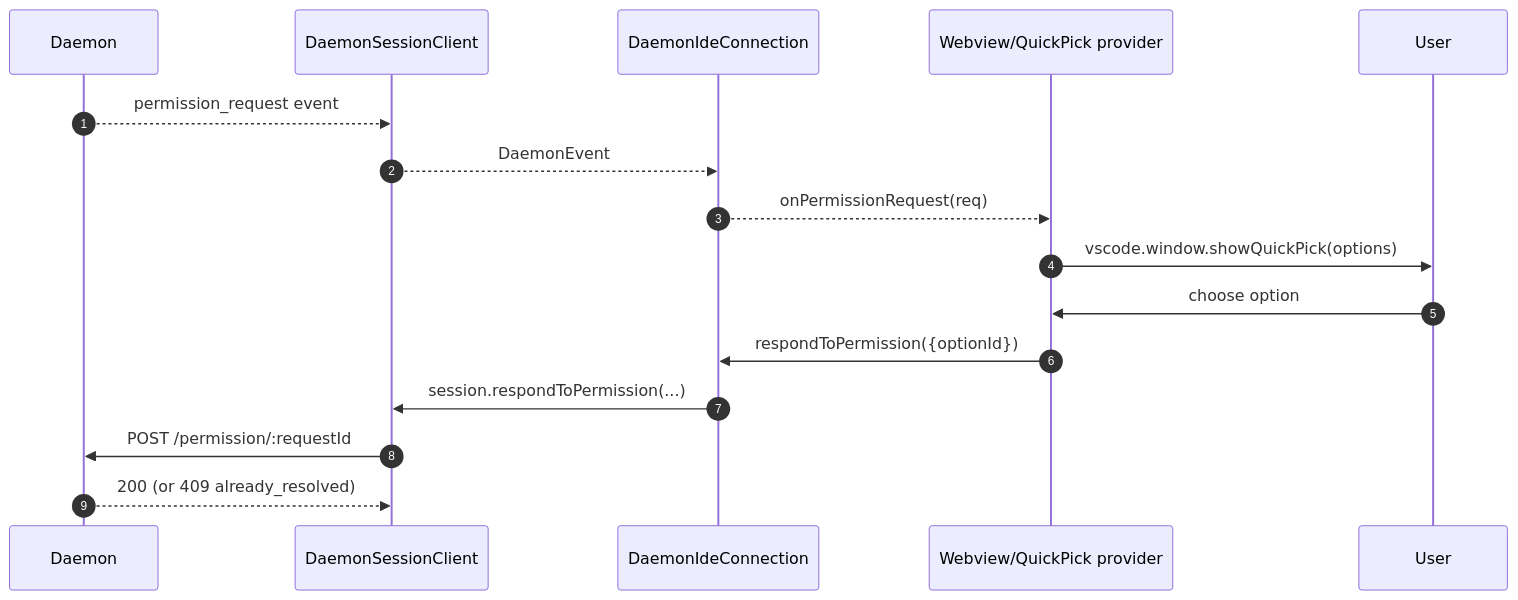
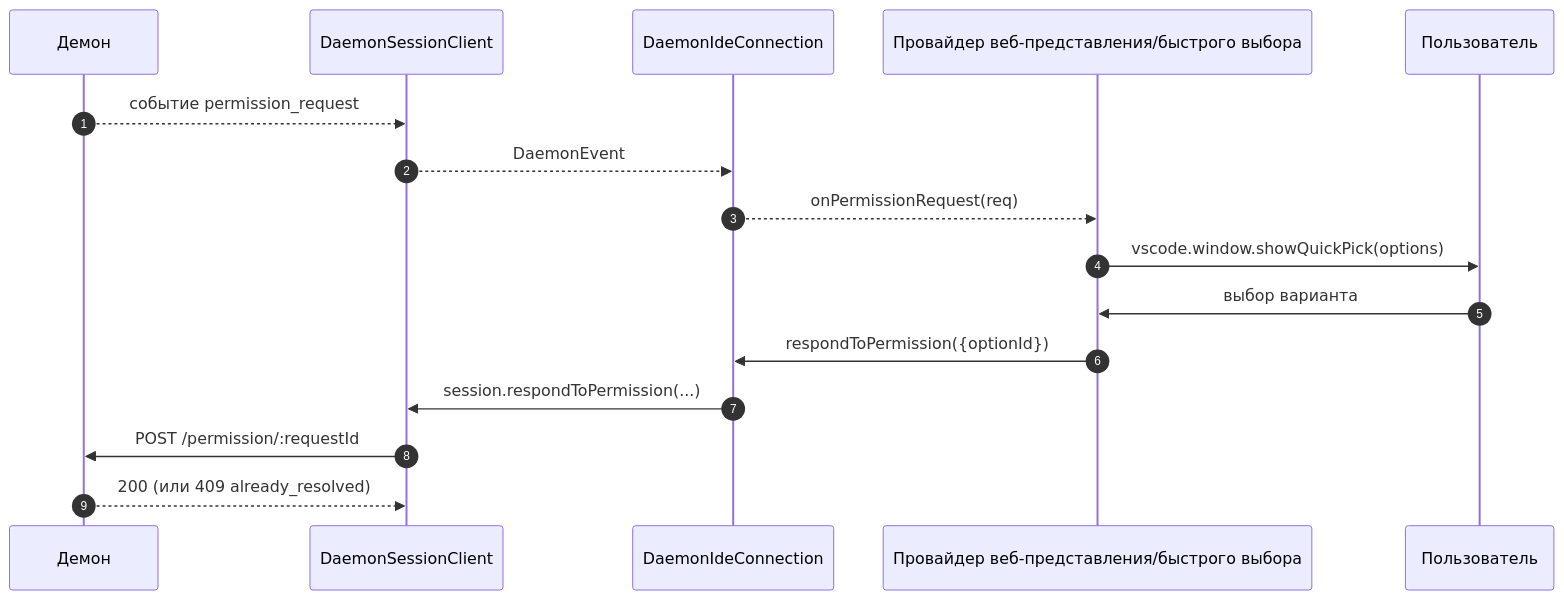
One commit to QwenLM/qwen-code-docs changed the second of 3 diagrams in website/content/ru/developers/daemon/16-vscode-ide-adapter.md. Above: the diagram before and after it, drawn with Mermaid. The commit also changed other lines of this file and 1077 other files, not shown here.

````diff
--- a/website/content/ru/developers/daemon/16-vscode-ide-adapter.md
+++ b/website/content/ru/developers/daemon/16-vscode-ide-adapter.md
@@ -128,19 +129,19 @@
 ```mermaid
 sequenceDiagram
     autonumber
-    participant D as Daemon
+    participant D as Демон
     participant SDK as DaemonSessionClient
     participant C as DaemonIdeConnection
-    participant P as Webview/QuickPick provider
-    participant U as User
+    participant P as Провайдер веб-представления/быстрого выбора
+    participant U as Пользователь
 
-    D-->>SDK: permission_request event
+    D-->>SDK: событие permission_request
     SDK-->>C: DaemonEvent
     C-->>P: onPermissionRequest(req)
     P->>U: vscode.window.showQuickPick(options)
-    U->>P: choose option
+    U->>P: выбор варианта
     P->>C: respondToPermission({optionId})
     C->>SDK: session.respondToPermission(...)
     SDK->>D: POST /permission/:requestId
-    D-->>SDK: 200 (or 409 already_resolved)
+    D-->>SDK: 200 (или 409 already_resolved)
 ```
````
